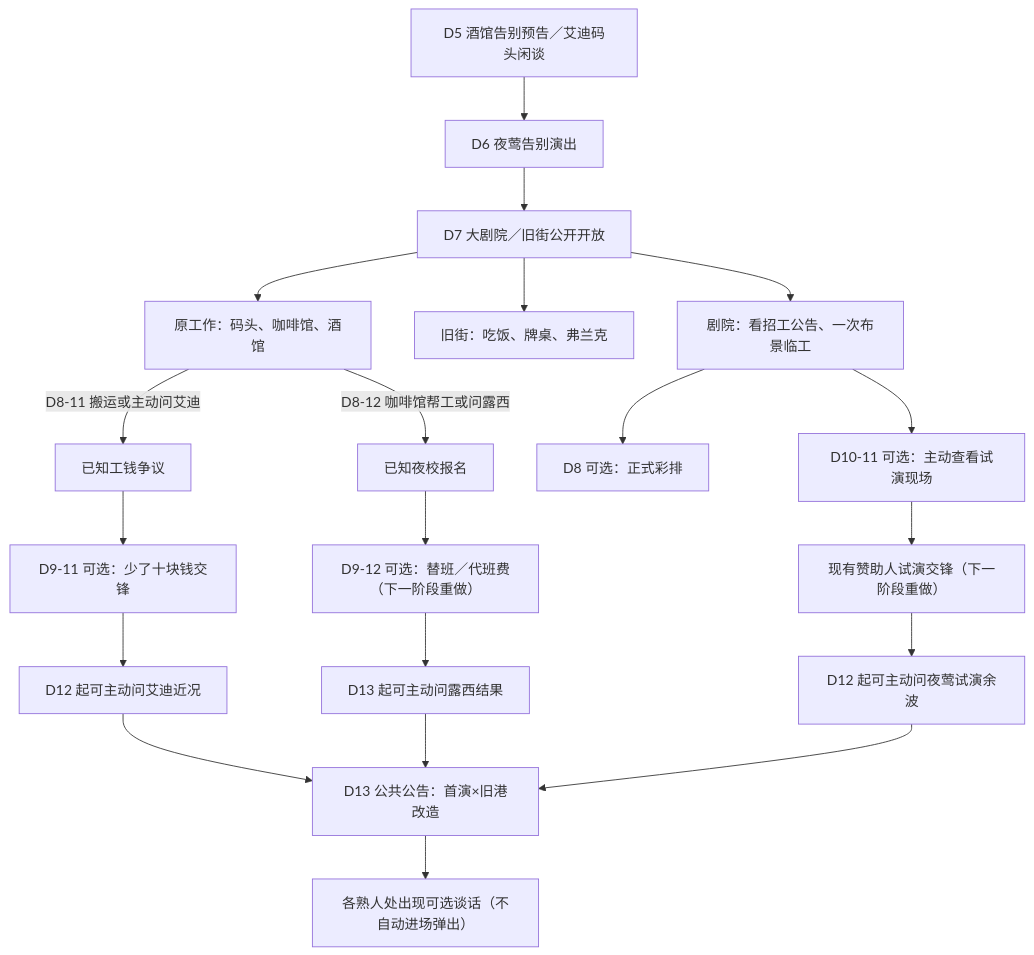
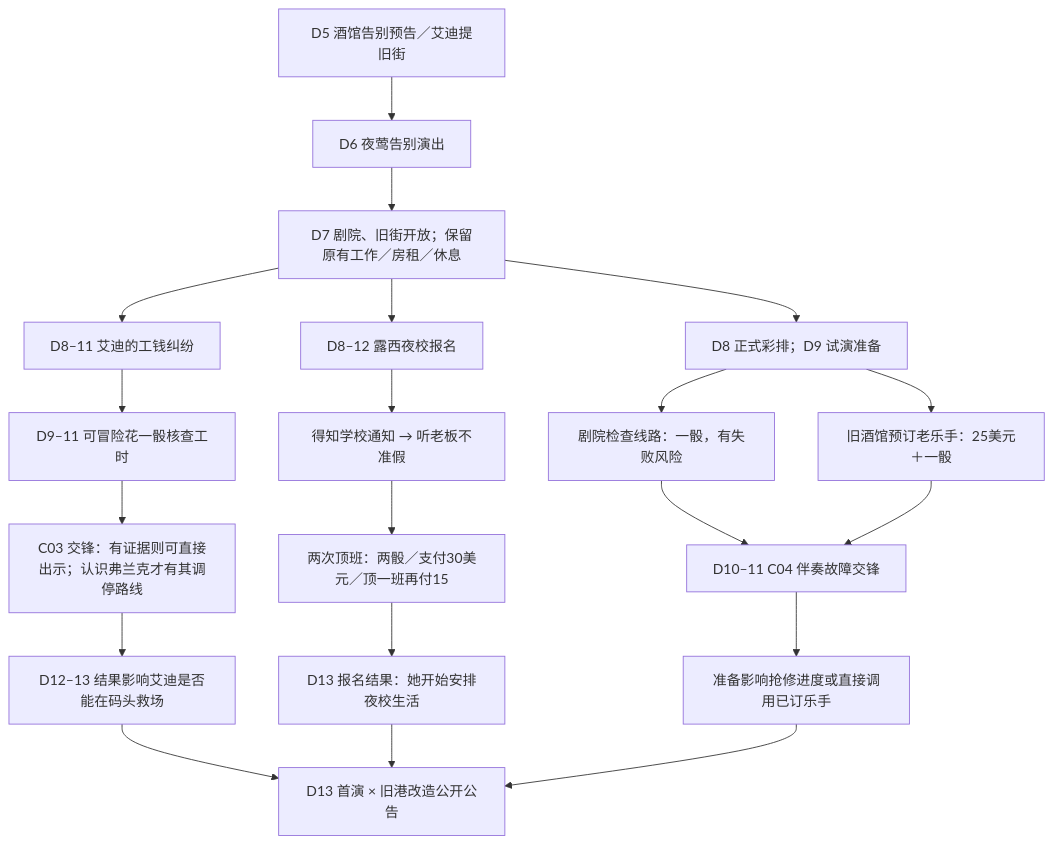
The diagram in docs/对白整理/第二幕_结构内容图.md (guopanqi/ssnoir), drawn with Mermaid before and after one commit. The commit also changed other lines of this file, not shown here.

````diff
--- a/docs/对白整理/第二幕_结构内容图.md
+++ b/docs/对白整理/第二幕_结构内容图.md
@@ -5,22 +5,22 @@
 ```mermaid
 flowchart TD
-    A["D5 酒馆告别预告／艾迪码头闲谈"] --> B["D6 夜莺告别演出"]
-    B --> C["D7 大剧院／旧街公开开放"]
-    C --> D["原工作：码头、咖啡馆、酒馆"]
-    C --> E["旧街：吃饭、牌桌、弗兰克"]
-    C --> F["剧院：看招工公告、一次布景临工"]
-    D --"D8-11 搬运或主动问艾迪"--> G["已知工钱争议"]
-    D --"D8-12 咖啡馆帮工或问露西"--> H["已知夜校报名"]
-    G --> I["D9-11 可选：少了十块钱交锋"]
-    H --> J["D9-12 可选：替班／代班费（下一阶段重做）"]
-    F --> K["D8 可选：正式彩排"]
-    F --> L["D10-11 可选：主动查看试演现场"]
-    L --> M["现有赞助人试演交锋（下一阶段重做）"]
-    I --> N["D12 起可主动问艾迪近况"]
-    J --> O["D13 起可主动问露西结果"]
-    M --> P["D12 起可主动问夜莺试演余波"]
-    N --> Q["D13 公共公告：首演×旧港改造"]
-    O --> Q
-    P --> Q
-    Q --> R["各熟人处出现可选谈话（不自动进场弹出）"]
+    A["D5 酒馆告别预告／艾迪提旧街"] --> B["D6 夜莺告别演出"]
+    B --> C["D7 剧院、旧街开放；保留原有工作／房租／休息"]
+    C --> L1["D8–12 露西夜校报名"]
+    C --> E1["D8–11 艾迪的工钱纠纷"]
+    C --> N1["D8 正式彩排；D9 试演准备"]
+    L1 --> L2["得知学校通知 → 听老板不准假"]
+    L2 --> L3["两次顶班：两骰／支付30美元／顶一班再付15"]
+    L3 --> L4["D13 报名结果：她开始安排夜校生活"]
+    E1 --> E2["D9–11 可冒险花一骰核查工时"]
+    E2 --> E3["C03 交锋：有证据则可直接出示；认识弗兰克才有其调停路线"]
+    E3 --> E4["D12–13 结果影响艾迪是否能在码头救场"]
+    N1 --> N2["剧院检查线路：一骰，有失败风险"]
+    N1 --> N3["旧酒馆预订老乐手：25美元＋一骰"]
+    N2 --> N4["D10–11 C04 伴奏故障交锋"]
+    N3 --> N4
+    N4 --> N5["准备影响抢修进度或直接调用已订乐手"]
+    E4 --> Z["D13 首演 × 旧港改造公开公告"]
+    L4 --> Z
+    N5 --> Z
 ```
````
